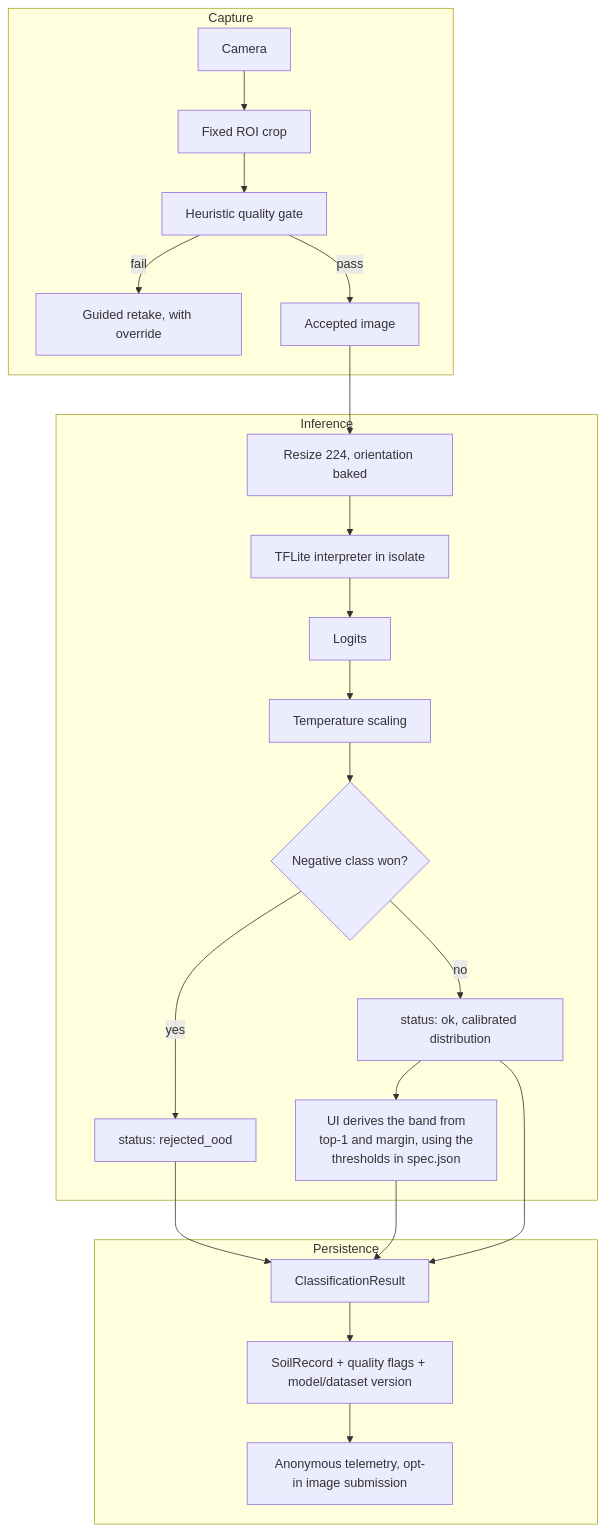
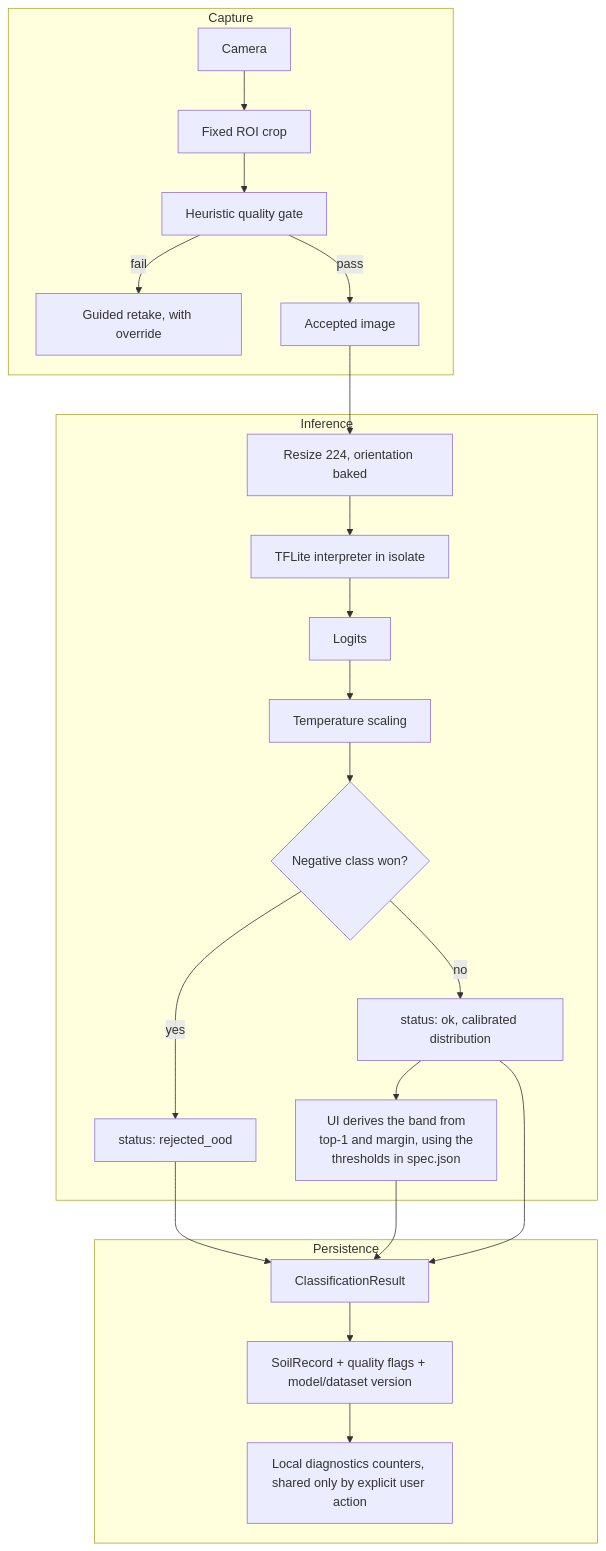
The third of 4 diagrams in docs/architecture/soil-classification.md (LukeSantossz/visiosoil-app), drawn with Mermaid before and after one commit. The commit also changed other lines of this file and 2 other files, not shown here.

Commit message:
docs(ml): align the blocking set, split guarantee, telemetry and ownership across the study, map and handoff

````diff
--- a/docs/architecture/soil-classification.md
+++ b/docs/architecture/soil-classification.md
@@ -526,26 +526,26 @@
 ```mermaid
 flowchart TD
     subgraph Capture
         A[Camera] --> B[Fixed ROI crop]
         B --> C[Heuristic quality gate]
         C -->|fail| D[Guided retake, with override]
         C -->|pass| E[Accepted image]
     end
     subgraph Inference
         E --> F[Resize 224, orientation baked]
         F --> G[TFLite interpreter in isolate]
         G --> H[Logits]
         H --> I[Temperature scaling]
         I --> J{Negative class won?}
         J -->|yes| M[status: rejected_ood]
         J -->|no| N[status: ok, calibrated distribution]
         N --> K[UI derives the band from<br/>top-1 and margin, using the<br/>thresholds in spec.json]
     end
     subgraph Persistence
         K --> O[ClassificationResult]
         M --> O
         N --> O
         O --> P[SoilRecord + quality flags + model/dataset version]
-        P --> Q[Anonymous telemetry, opt-in image submission]
+        P --> Q[Local diagnostics counters, shared only by explicit user action]
     end
 ```
````
